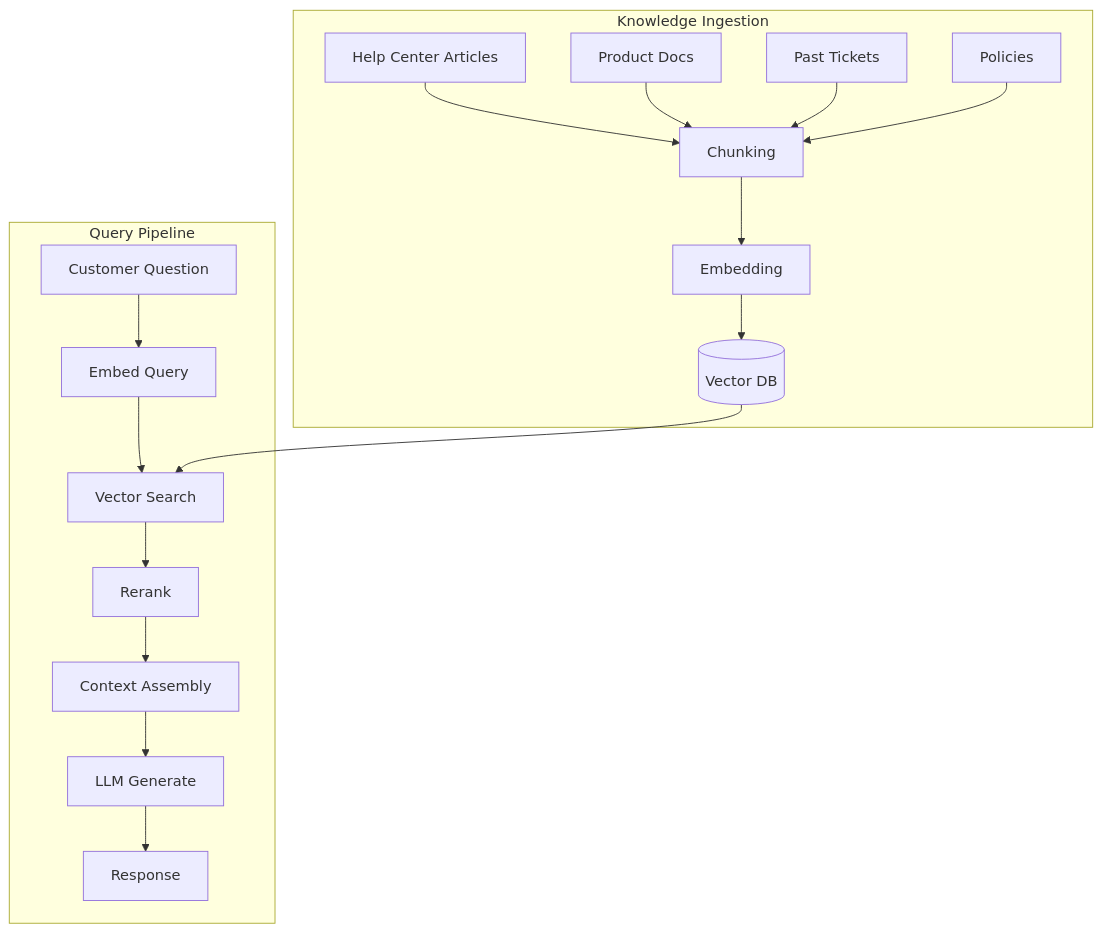
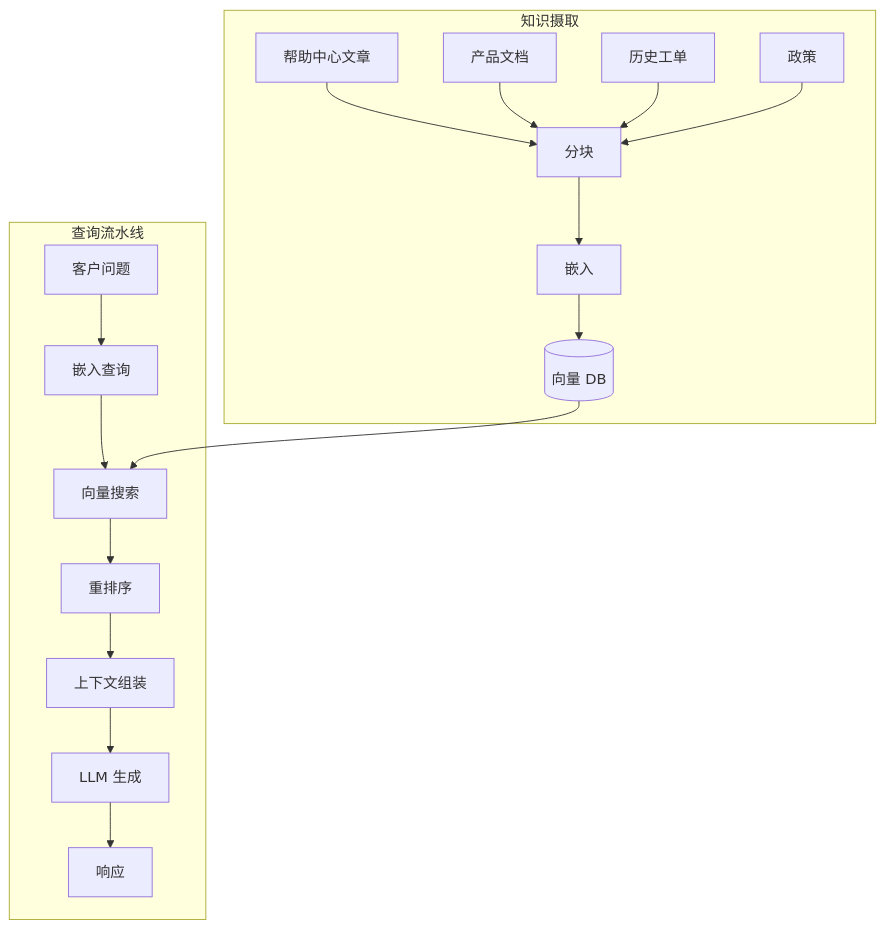
Before and after one commit to stars-labs/ai-driven-customer-service: the first of 4 diagrams in i18n/zh/docusaurus-plugin-content-docs/current/07-rag-architecture.md, drawn with Mermaid. The commit also changed other lines of this file and 15 other files, not shown here.

````diff
--- a/i18n/zh/docusaurus-plugin-content-docs/current/07-rag-architecture.md
+++ b/i18n/zh/docusaurus-plugin-content-docs/current/07-rag-architecture.md
@@ -22,25 +22,25 @@
 ```mermaid
 flowchart TB
-    subgraph Ingestion["Knowledge Ingestion"]
-        S1[Help Center Articles]
-        S2[Product Docs]
-        S3[Past Tickets]
-        S4[Policies]
-        S1 --> C[Chunking]
+    subgraph Ingestion["知识摄取"]
+        S1[帮助中心文章]
+        S2[产品文档]
+        S3[历史工单]
+        S4[政策]
+        S1 --> C[分块]
         S2 --> C
         S3 --> C
         S4 --> C
-        C --> E[Embedding]
-        E --> V[(Vector DB)]
+        C --> E[嵌入]
+        E --> V[(向量 DB)]
     end
 
-    subgraph Query["Query Pipeline"]
-        Q[Customer Question] --> QE[Embed Query]
-        QE --> VS[Vector Search]
+    subgraph Query["查询流水线"]
+        Q[客户问题] --> QE[嵌入查询]
+        QE --> VS[向量搜索]
         V --> VS
-        VS --> RR[Rerank]
-        RR --> CA[Context Assembly]
-        CA --> LLM[LLM Generate]
-        LLM --> R[Response]
+        VS --> RR[重排序]
+        RR --> CA[上下文组装]
+        CA --> LLM[LLM 生成]
+        LLM --> R[响应]
     end
 ```
````
